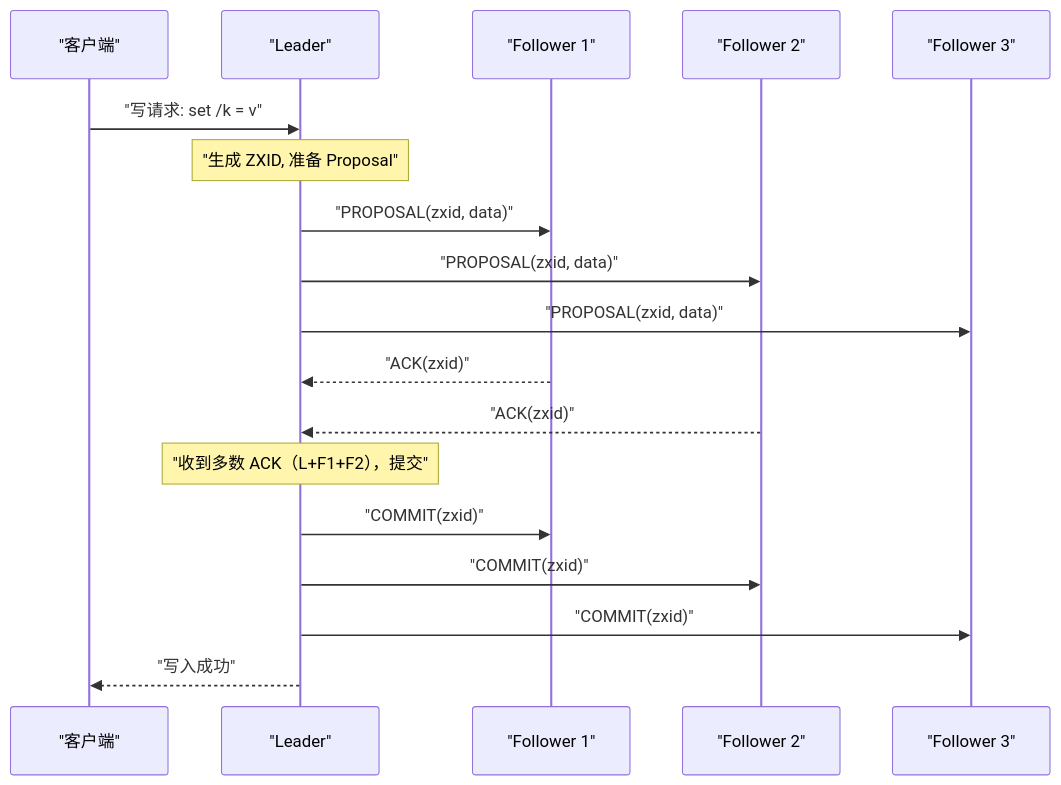
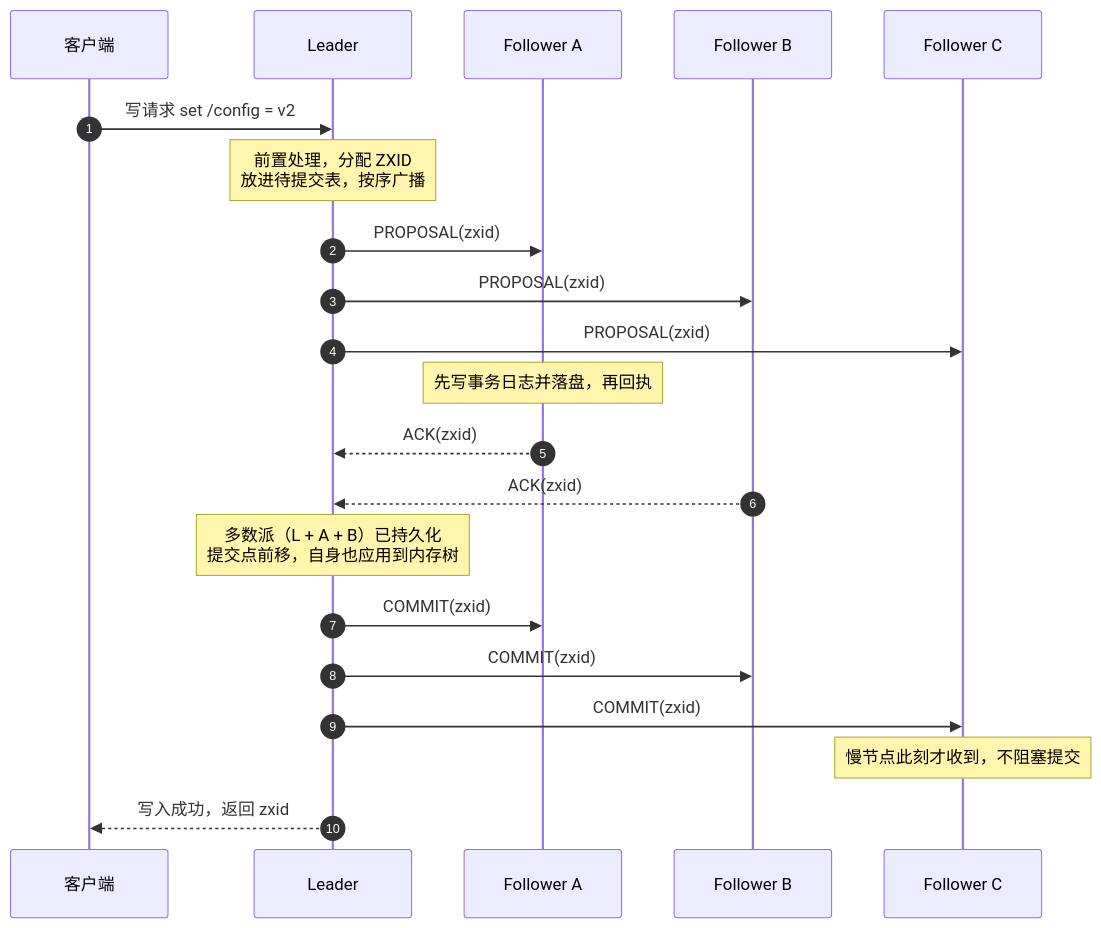
Before and after one commit to hpliStartAgain/my-brain: the first of 4 diagrams in content/分布式架构/分布式系统原理与协议/06 ZAB 协议：ZooKeeper 的一致性基石.md, drawn with Mermaid. The commit also changed other lines of this file and 259 other files, not shown here.

````diff
--- a/content/分布式架构/分布式系统原理与协议/06 ZAB 协议：ZooKeeper 的一致性基石.md
+++ b/content/分布式架构/分布式系统原理与协议/06 ZAB 协议：ZooKeeper 的一致性基石.md
@@ -101,26 +93,25 @@
 ```mermaid
 %%{init: {'theme': 'dracula'}}%%
 sequenceDiagram
-    participant C as "客户端"
-    participant L as "Leader"
-    participant F1 as "Follower 1"
-    participant F2 as "Follower 2"
-    participant F3 as "Follower 3"
+    autonumber
+    participant C as 客户端
+    participant L as Leader
+    participant F1 as Follower A
+    participant F2 as Follower B
+    participant F3 as Follower C
 
-    C->>L: "写请求: set /k = v"
-    Note over L: "生成 ZXID, 准备 Proposal"
-
-    L->>F1: "PROPOSAL(zxid, data)"
-    L->>F2: "PROPOSAL(zxid, data)"
-    L->>F3: "PROPOSAL(zxid, data)"
-
-    F1-->>L: "ACK(zxid)"
-    F2-->>L: "ACK(zxid)"
-    Note over L: "收到多数 ACK（L+F1+F2），提交"
-
-    L->>F1: "COMMIT(zxid)"
-    L->>F2: "COMMIT(zxid)"
-    L->>F3: "COMMIT(zxid)"
-
-    L-->>C: "写入成功"
+    C->>L: 写请求 set /config = v2
+    Note over L: 前置处理，分配 ZXID<br/>放进待提交表，按序广播
+    L->>F1: PROPOSAL(zxid)
+    L->>F2: PROPOSAL(zxid)
+    L->>F3: PROPOSAL(zxid)
+    Note over F1: 先写事务日志并落盘，再回执
+    F1-->>L: ACK(zxid)
+    F2-->>L: ACK(zxid)
+    Note over L: 多数派（L + A + B）已持久化<br/>提交点前移，自身也应用到内存树
+    L->>F1: COMMIT(zxid)
+    L->>F2: COMMIT(zxid)
+    L->>F3: COMMIT(zxid)
+    Note over F3: 慢节点此刻才收到，不阻塞提交
+    L-->>C: 写入成功，返回 zxid
 ```
````
